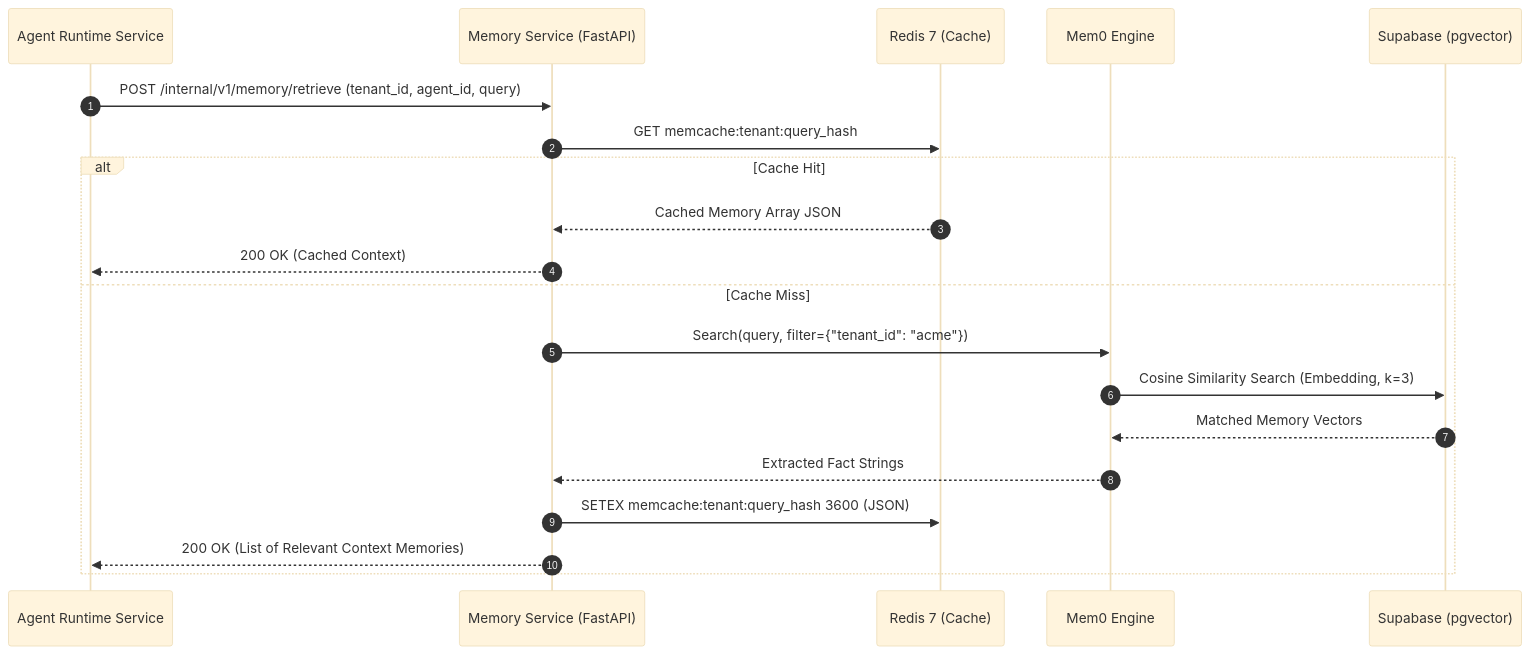
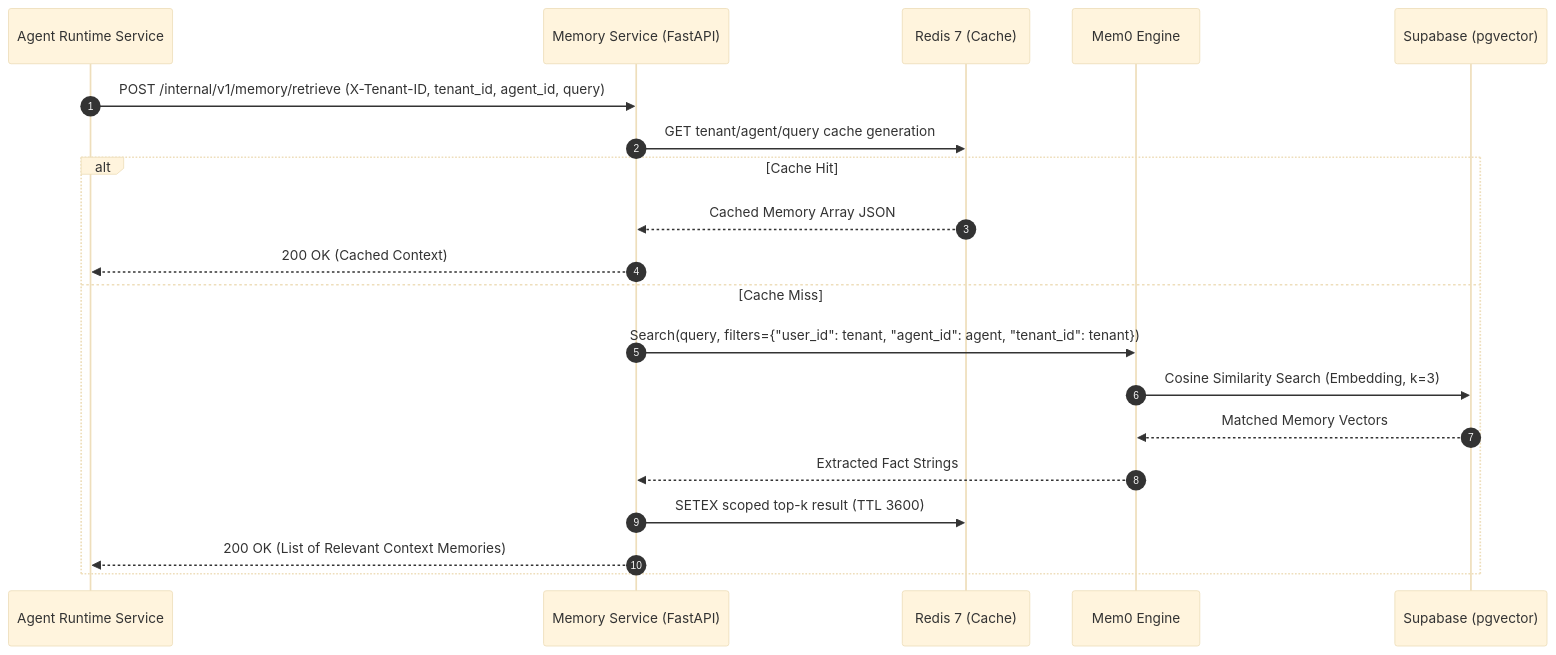
The diagram in docs/servers/04-memory-service.md (Kavisharora12/DelTix), drawn with Mermaid (base theme) before and after one commit. The commit also changed other lines of this file and 8 other files, not shown here.

First line of the commit message:
feat: implement tenant-scoped memory service

````diff
--- a/docs/servers/04-memory-service.md
+++ b/docs/servers/04-memory-service.md
@@ -165,23 +171,23 @@
 ```mermaid
 sequenceDiagram
     autonumber
     participant Runtime as Agent Runtime Service
     participant MemSvc as Memory Service (FastAPI)
     participant Redis as Redis 7 (Cache)
     participant Mem0 as Mem0 Engine
     participant Supabase as Supabase (pgvector)
 
-    Runtime->>MemSvc: POST /internal/v1/memory/retrieve (tenant_id, agent_id, query)
-    MemSvc->>Redis: GET memcache:tenant:query_hash
+    Runtime->>MemSvc: POST /internal/v1/memory/retrieve (X-Tenant-ID, tenant_id, agent_id, query)
+    MemSvc->>Redis: GET tenant/agent/query cache generation
     alt Cache Hit
         Redis-->>MemSvc: Cached Memory Array JSON
         MemSvc-->>Runtime: 200 OK (Cached Context)
     else Cache Miss
-        MemSvc->>Mem0: Search(query, filter={"tenant_id": "acme"})
+        MemSvc->>Mem0: Search(query, filters={"user_id": tenant, "agent_id": agent, "tenant_id": tenant})
         Mem0->>Supabase: Cosine Similarity Search (Embedding, k=3)
         Supabase-->>Mem0: Matched Memory Vectors
         Mem0-->>MemSvc: Extracted Fact Strings
-        MemSvc->>Redis: SETEX memcache:tenant:query_hash 3600 (JSON)
+        MemSvc->>Redis: SETEX scoped top-k result (TTL 3600)
         MemSvc-->>Runtime: 200 OK (List of Relevant Context Memories)
     end
 ```
````
